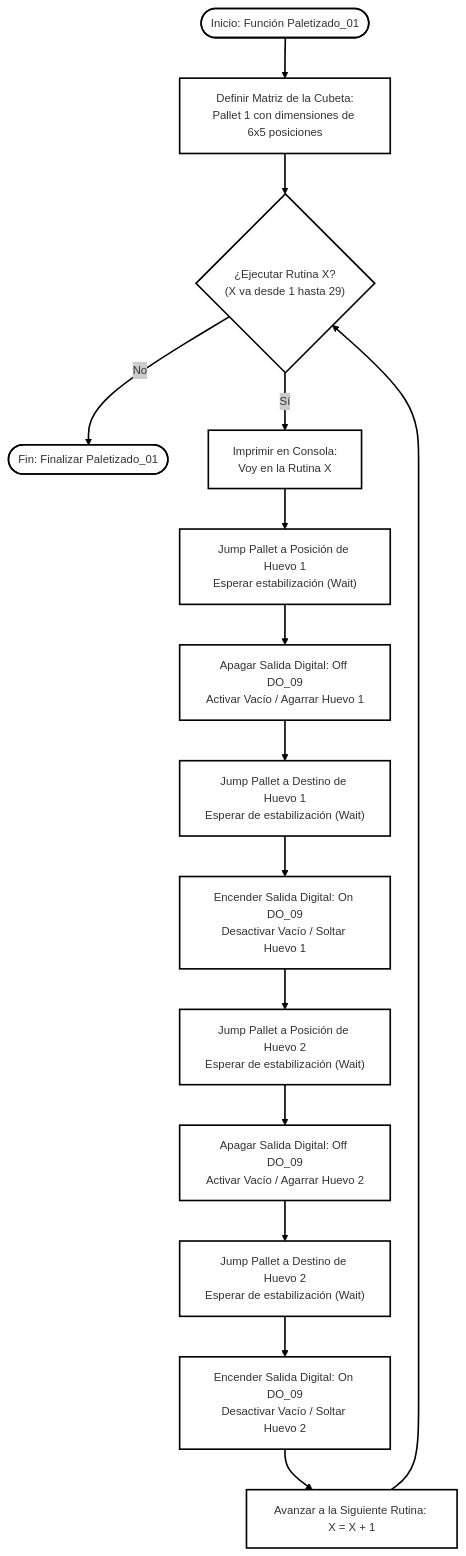
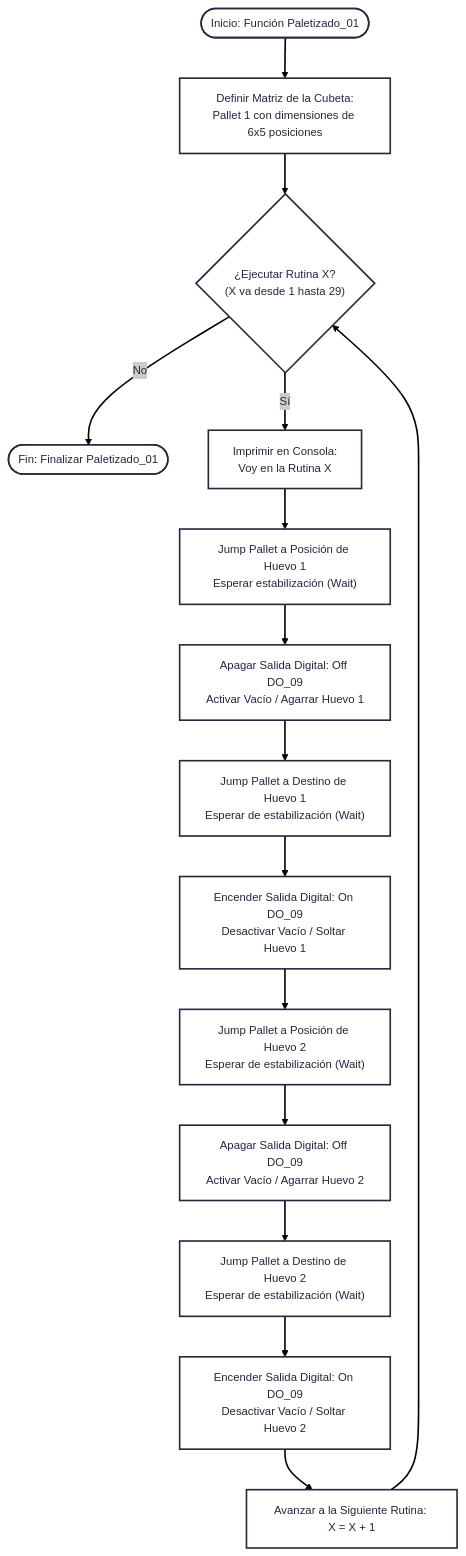
One commit to labsir-un/Robotica-2026-I-Equipo-3C-Moreno-Ramos changed the second of 2 diagrams in Laboratorio No. 03 - Robótica Industrial EPSON T3 401S y EPSON RC+/README.MD. Above: the diagram before and after it, drawn with Mermaid.

Commit message:
Change Mermaid theme from 'neo' to 'redux'

````diff
--- a/Laboratorio No. 03 - Robótica Industrial EPSON T3 401S y EPSON RC+/README.MD
+++ b/Laboratorio No. 03 - Robótica Industrial EPSON T3 401S y EPSON RC+/README.MD
@@ -229,22 +229,22 @@
 ```mermaid
 ---
 config:
   layout: fixed
-  theme: neo
+  theme: redux
 ---
 flowchart TB
     Start(["Inicio: Función Paletizado_01"]) --> DefPallet["Definir Matriz de la Cubeta:<br>Pallet 1 con dimensiones de 6x5 posiciones"]
     DefPallet --> RoutineLoop{"¿Ejecutar Rutina X?<br>(X va desde 1 hasta 29)"}
     RoutineLoop -- No --> EndRoutine(["Fin: Finalizar Paletizado_01"])
     RoutineLoop -- Sí --> PrintMsg["Imprimir en Consola:<br>Voy en la Rutina X"]
     PrintMsg --> PickH1["Jump Pallet a Posición de Huevo 1<br>Esperar estabilización (Wait)"]
     PickH1 --> GrabH1["Apagar Salida Digital: Off DO_09<br>Activar Vacío / Agarrar Huevo 1"]
     GrabH1 --> DropH1["Jump Pallet a Destino de Huevo 1<br>Esperar de estabilización (Wait)"]
     DropH1 --> ReleaseH1["Encender Salida Digital: On DO_09<br>Desactivar Vacío / Soltar Huevo 1"]
     ReleaseH1 --> PickH2["Jump Pallet a Posición de Huevo 2<br>Esperar de estabilización (Wait)"]
     PickH2 --> GrabH2["Apagar Salida Digital: Off DO_09<br>Activar Vacío / Agarrar Huevo 2"]
     GrabH2 --> DropH2["Jump Pallet a Destino de Huevo 2<br>Esperar de estabilización (Wait)"]
     DropH2 --> ReleaseH2["Encender Salida Digital: On DO_09<br>Desactivar Vacío / Soltar Huevo 2"]
     ReleaseH2 --> NextRoutine["Avanzar a la Siguiente Rutina: X = X + 1"]
     NextRoutine --> RoutineLoop
 ```
````
